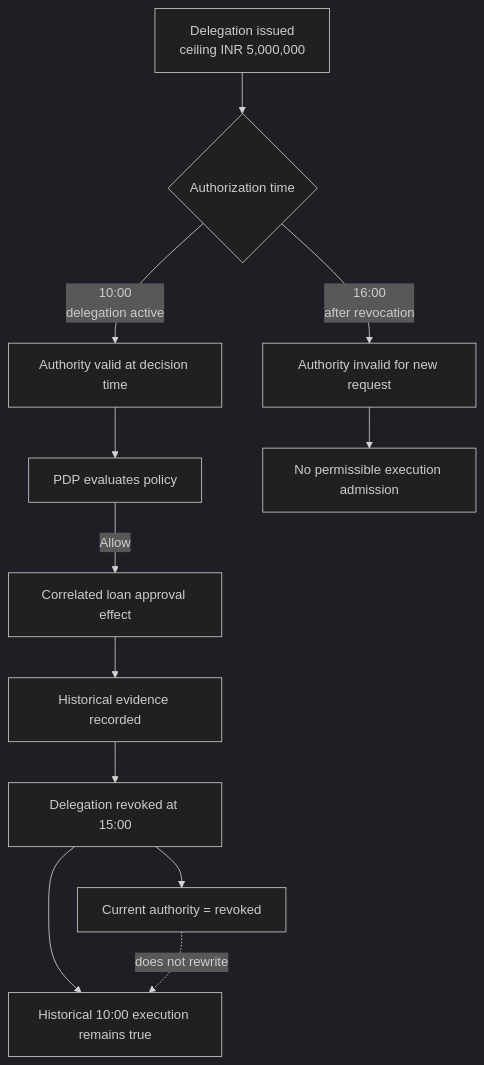
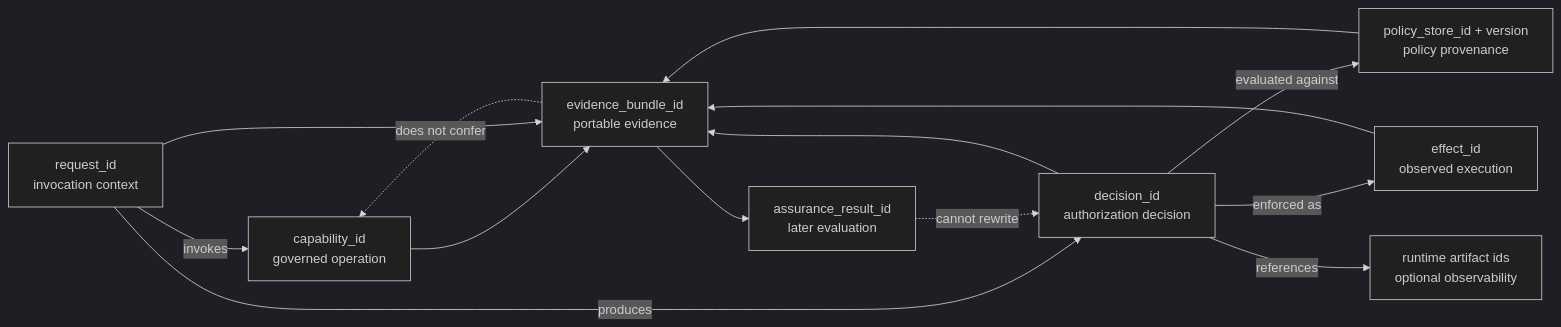
Before and after one commit to sankarshanmukhopadhyay/trust-protocol-interop-lab: the third of 4 diagrams in cases/govops-executable-trust/README.md, drawn with Mermaid (dark theme). The commit also changed other lines of this file and 7 other files, not shown here.

````diff
--- a/cases/govops-executable-trust/README.md
+++ b/cases/govops-executable-trust/README.md
@@ -263,18 +220,26 @@
 ```mermaid
-flowchart TD
-    D[Delegation issued<br/>ceiling INR 5,000,000] --> T1{Authorization time}
+flowchart LR
+    C[capability_id<br/>governed operation]
+    R[request_id<br/>invocation context]
+    D[decision_id<br/>authorization decision]
+    P[policy_store_id + version<br/>policy provenance]
+    T[runtime artifact ids<br/>optional observability]
+    E[effect_id<br/>observed execution]
+    B[evidence_bundle_id<br/>portable evidence]
+    A[assurance_result_id<br/>later evaluation]
 
-    T1 -->|10:00<br/>delegation active| V[Authority valid at decision time]
-    V --> P[PDP evaluates policy]
-    P -->|Allow| E[Correlated loan approval effect]
-    E --> H[Historical evidence recorded]
+    R -->|invokes| C
+    R -->|produces| D
+    D -->|evaluated against| P
+    D -->|references| T
+    D -->|enforced as| E
+    C --> B
+    R --> B
+    D --> B
+    P --> B
+    E --> B
+    B --> A
 
-    H --> R[Delegation revoked at 15:00]
-    R --> C[Current authority = revoked]
-    R --> HT[Historical 10:00 execution remains true]
-
-    T1 -->|16:00<br/>after revocation| X[Authority invalid for new request]
-    X --> N[No permissible execution admission]
-
-    C -. does not rewrite .-> HT
+    A -. cannot rewrite .-> D
+    B -. does not confer .-> C
 ```
````
